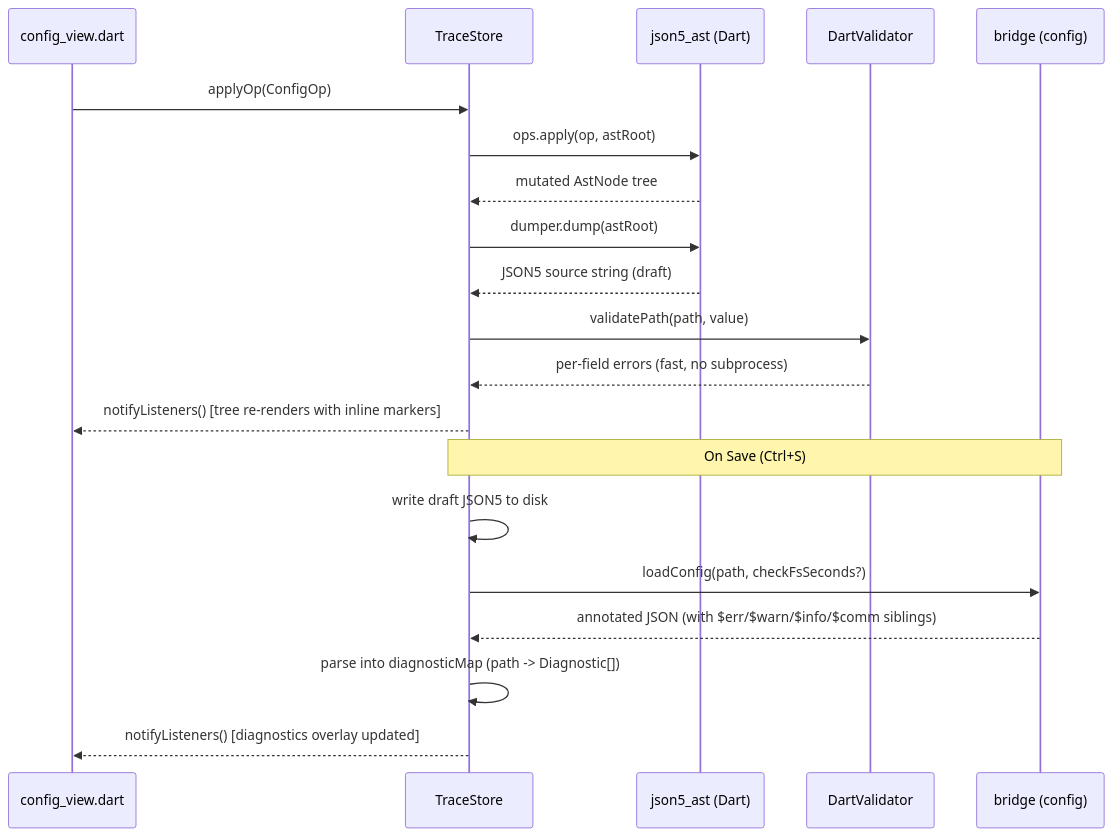
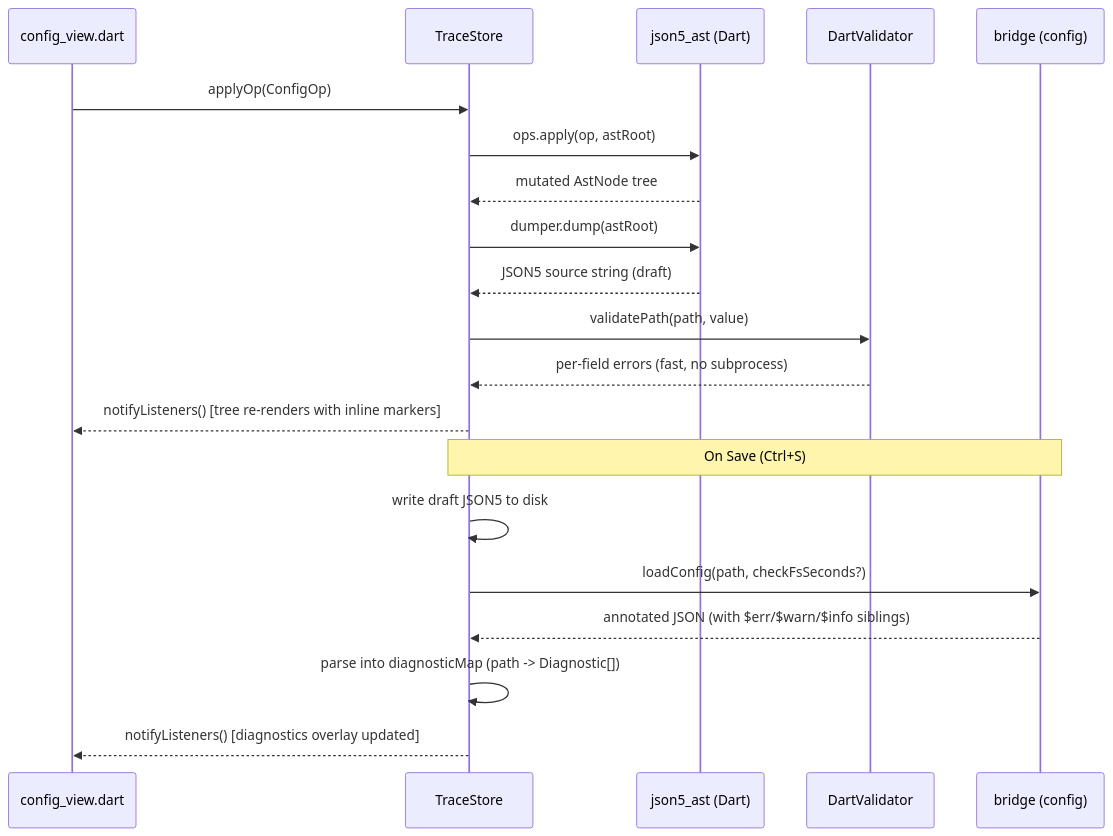
One commit to zaxified/bxp changed the seventh of 10 diagrams in docs/dev/architecture/gui.md. Above: the diagram before and after it, drawn with Mermaid. The commit also changed other lines of this file and 51 other files, not shown here.

````diff
--- a/docs/dev/architecture/gui.md
+++ b/docs/dev/architecture/gui.md
@@ -378,24 +390,24 @@
 ```mermaid
 sequenceDiagram
     participant UI as config_view.dart
     participant TS as TraceStore
     participant AST as json5_ast (Dart)
     participant DV as DartValidator
     participant FMT as bridge (config)
 
     UI->>TS: applyOp(ConfigOp)
     TS->>AST: ops.apply(op, astRoot)
     AST-->>TS: mutated AstNode tree
     TS->>AST: dumper.dump(astRoot)
     AST-->>TS: JSON5 source string (draft)
     TS->>DV: validatePath(path, value)
     DV-->>TS: per-field errors (fast, no subprocess)
     TS-->>UI: notifyListeners() [tree re-renders with inline markers]
 
     Note over TS,FMT: On Save (Ctrl+S)
     TS->>TS: write draft JSON5 to disk
     TS->>FMT: loadConfig(path, checkFsSeconds?)
-    FMT-->>TS: annotated JSON (with $err/$warn/$info/$comm siblings)
+    FMT-->>TS: annotated JSON (with $err/$warn/$info siblings)
     TS->>TS: parse into diagnosticMap (path -> Diagnostic[])
     TS-->>UI: notifyListeners() [diagnostics overlay updated]
 ```
````
